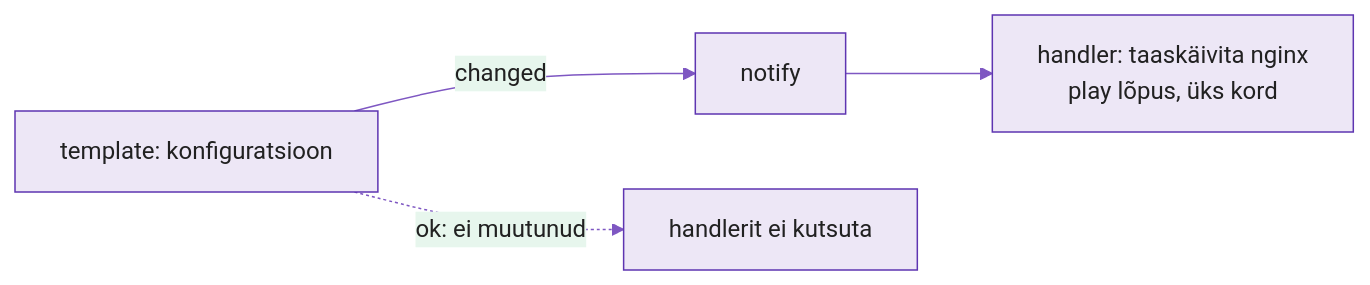
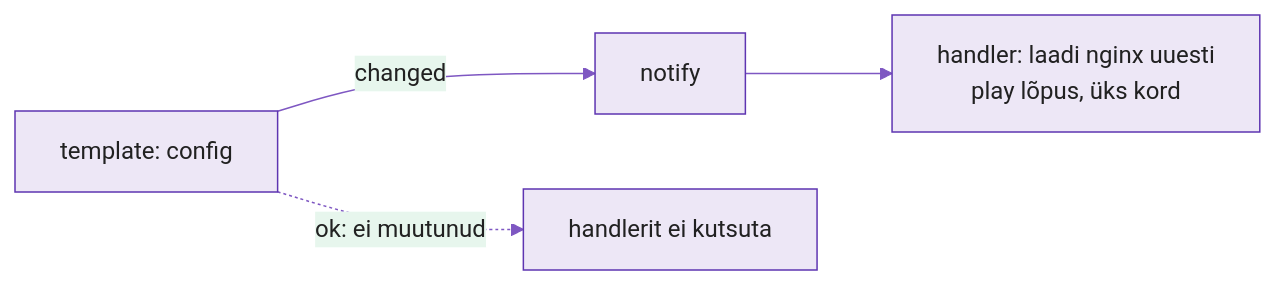
The fourth of 4 diagrams in docs/week04/lecture.md (hkhk-automation/devops), drawn with Mermaid before and after one commit. The commit also changed other lines of this file and 8 other files, not shown here.

Commit message:
Add SVG diagrams for copy vs template, group_vars structure, and vault chain

````diff
--- a/docs/week04/lecture.md
+++ b/docs/week04/lecture.md
@@ -153,7 +441,7 @@
 ```mermaid
 %%{init: {'theme':'base','themeVariables':{'primaryColor':'#ede7f6','primaryBorderColor':'#5e35b1','primaryTextColor':'#212121','lineColor':'#7e57c2'}}}%%
 graph LR
-    T["template: konfiguratsioon"] -->|changed| N[notify]
+    T["template: config"] -->|changed| N[notify]
     T -.->|ok: ei muutunud| X["handlerit ei kutsuta"]
-    N --> H["handler: taaskäivita nginx<br/>play lõpus, üks kord"]
+    N --> H["handler: laadi nginx uuesti<br/>play lõpus, üks kord"]
 ```
````
